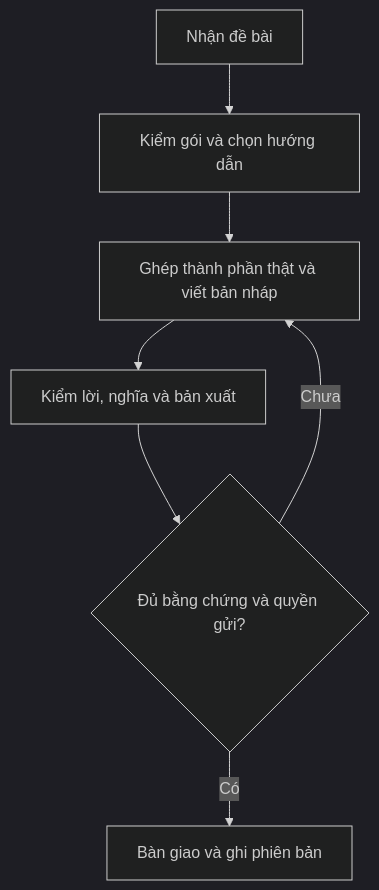
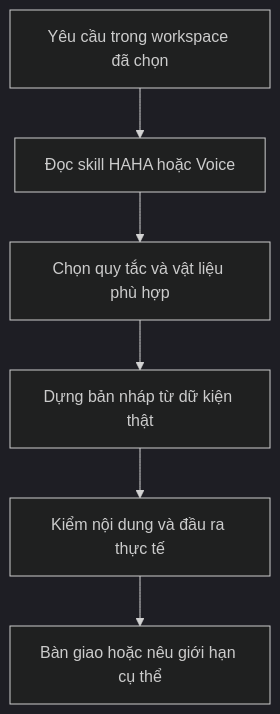
The diagram in packages/haha/handover/BOD-FLOWCHART.md (Kaiemon24/haha-voice-client-handover), drawn with Mermaid (dark theme) before and after one commit. The commit also changed other lines of this file and 327 other files, not shown here.

````diff
--- a/packages/haha/handover/BOD-FLOWCHART.md
+++ b/packages/haha/handover/BOD-FLOWCHART.md
@@ -3,9 +3,8 @@
 ```mermaid
 flowchart TD
-A[Nhận đề bài] --> B[Kiểm gói và chọn hướng dẫn]
-B --> C[Ghép thành phần thật và viết bản nháp]
-C --> D[Kiểm lời, nghĩa và bản xuất]
-D --> E{Đủ bằng chứng và quyền gửi?}
-E -->|Có| F[Bàn giao và ghi phiên bản]
-E -->|Chưa| C
+A[Yêu cầu trong workspace đã chọn] --> B[Đọc skill HAHA hoặc Voice]
+B --> C[Chọn quy tắc và vật liệu phù hợp]
+C --> D[Dựng bản nháp từ dữ kiện thật]
+D --> E[Kiểm nội dung và đầu ra thực tế]
+E --> F[Bàn giao hoặc nêu giới hạn cụ thể]
 ```
````
